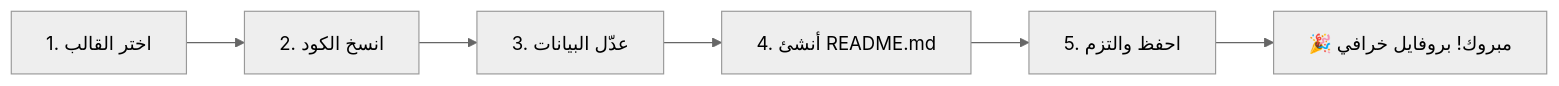
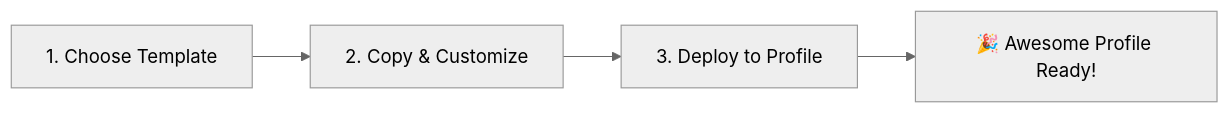
One commit to Lord-shaban/Awesome-GitHub-Profile-READM-Templates changed the first of 2 diagrams in README.md. Above: the diagram before and after it, drawn with Mermaid (neutral theme). The commit also changed other lines of this file, not shown here.

````diff
--- a/README.md
+++ b/README.md
@@ -143,8 +142,6 @@
 ```mermaid
 graph LR
-    A[1. اختر القالب] --> B[2. انسخ الكود]
-    B --> C[3. عدّل البيانات]
-    C --> D[4. أنشئ README.md]
-    D --> E[5. احفظ والتزم]
-    E --> F[🎉 مبروك! بروفايل خرافي]
+    A[1. Choose Template] --> B[2. Copy & Customize]
+    B --> C[3. Deploy to Profile]
+    C --> D[🎉 Awesome Profile Ready!]
 ```
````
